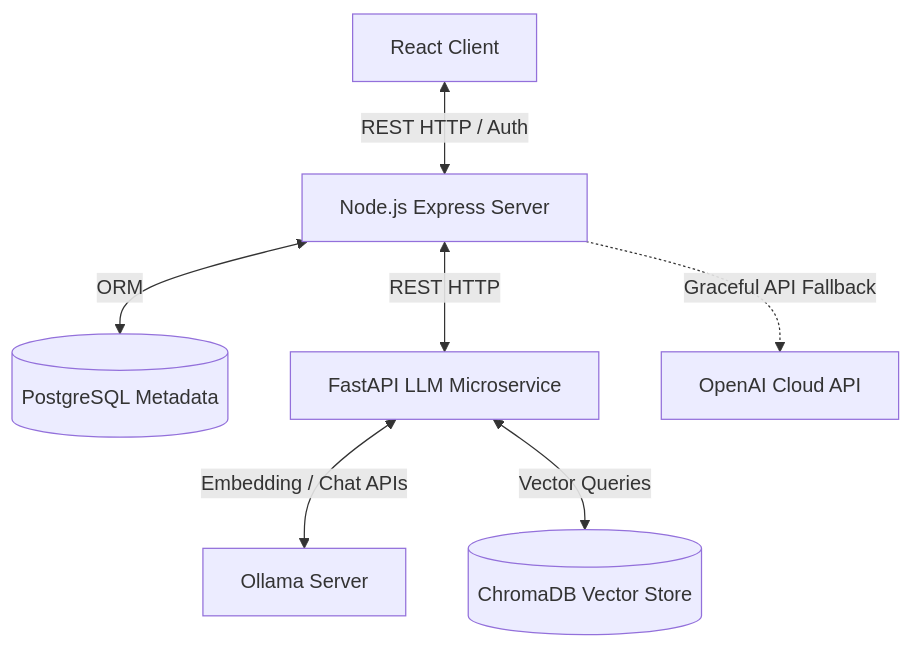
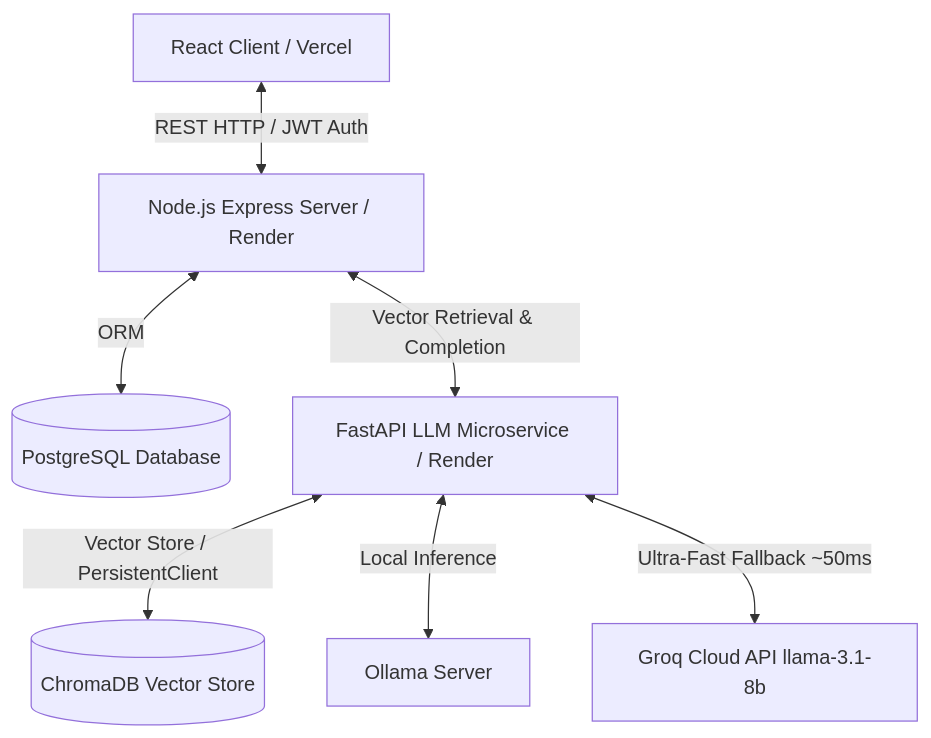
Before and after one commit to SivansRawat/NexaFlow-AI: the diagram in README.md, drawn with Mermaid. The commit also changed other lines of this file, not shown here.

Commit message:
docs: update README.md with universal RAG architecture, live deployed production URLs, and verification curl examples

````diff
--- a/README.md
+++ b/README.md
@@ -20,9 +28,9 @@
 ```mermaid
 graph TD
-    A[React Client] <-->|REST HTTP / Auth| B[Node.js Express Server]
-    B <-->|ORM| C[(PostgreSQL Metadata)]
-    B <-->|REST HTTP| D[FastAPI LLM Microservice]
-    D <-->|Embedding / Chat APIs| E[Ollama Server]
-    D <-->|Vector Queries| F[(ChromaDB Vector Store)]
-    B -.->|Graceful API Fallback| G[OpenAI Cloud API]
+    A[React Client / Vercel] <-->|REST HTTP / JWT Auth| B[Node.js Express Server / Render]
+    B <-->|ORM| C[(PostgreSQL Database)]
+    B <-->|Vector Retrieval & Completion| D[FastAPI LLM Microservice / Render]
+    D <-->|Vector Store / PersistentClient| E[(ChromaDB Vector Store)]
+    D <-->|Local Inference| F[Ollama Server]
+    D <-->|Ultra-Fast Fallback ~50ms| G[Groq Cloud API llama-3.1-8b]
 ```
````
